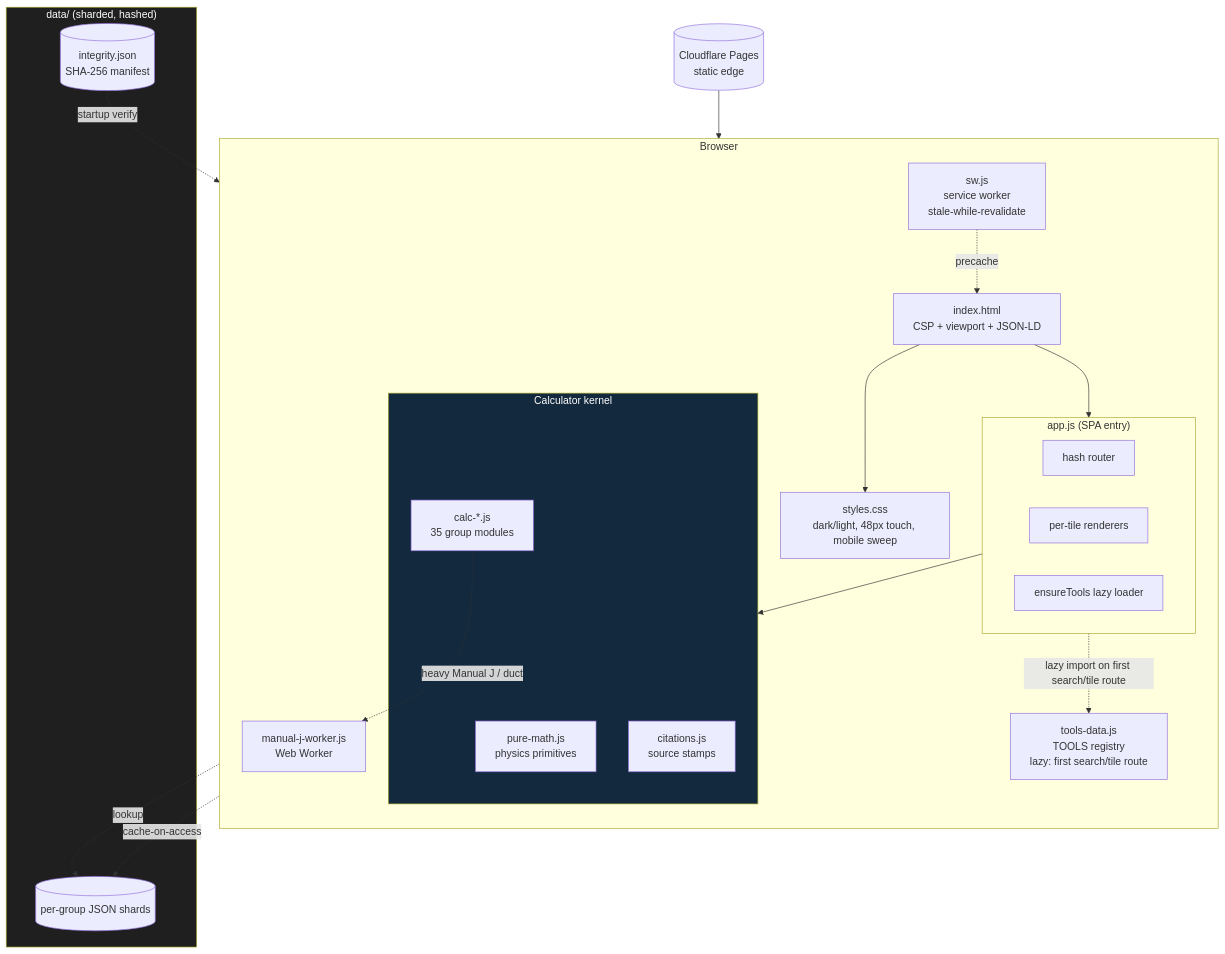
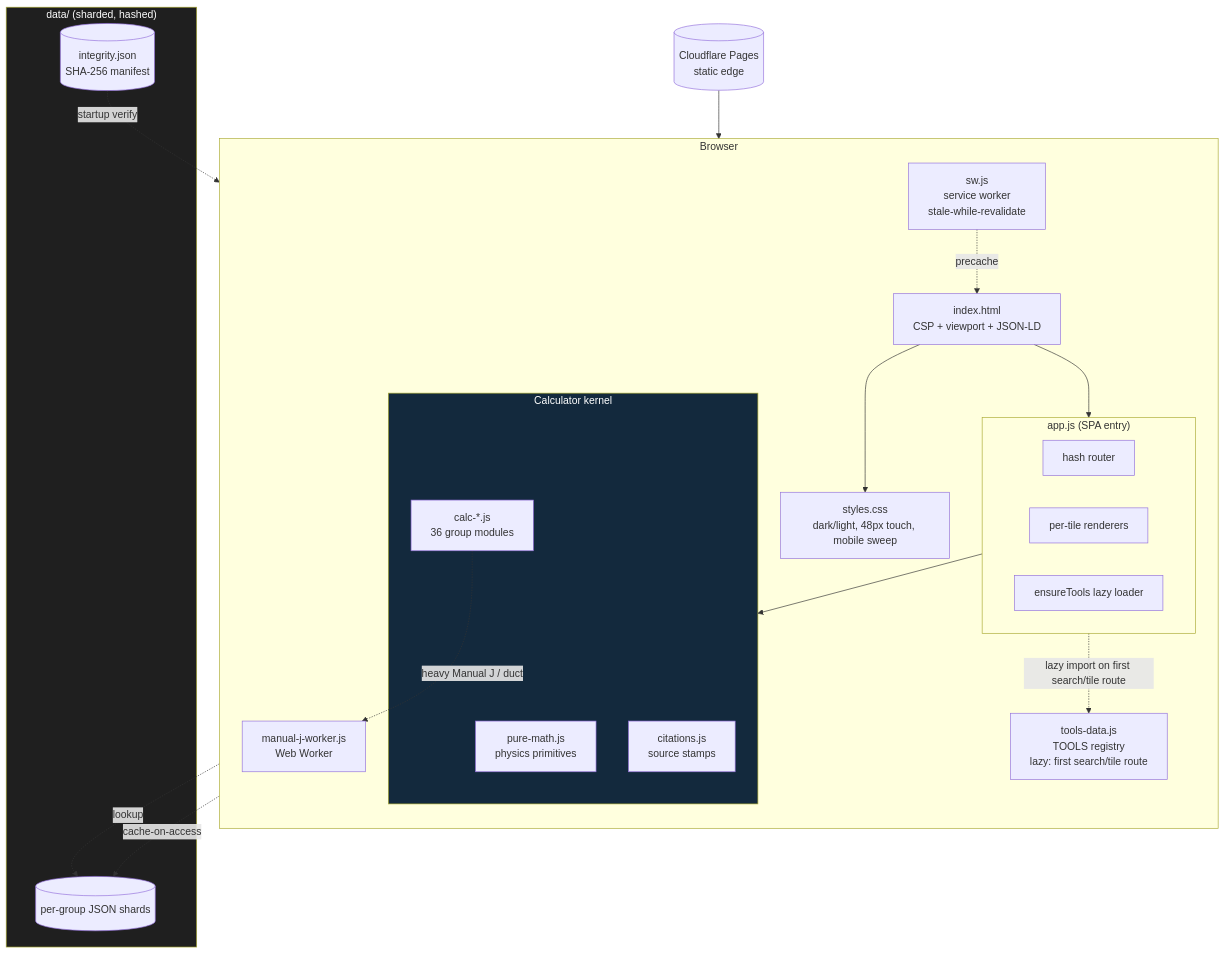
Before and after one commit to clay-good/roughlogic.com: the second of 8 diagrams in README.md, drawn with Mermaid. The commit also changed other lines of this file and 16 other files, not shown here.

First line of the commit message:
refactor(modules): spec-v73 cap-relief split -- storm-drainage bench -> new calc-drainage.js (0.63.3->0.63.4, catalog holds 624)

````diff
--- a/README.md
+++ b/README.md
@@ -77,39 +77,39 @@
 ```mermaid
 flowchart TB
     subgraph Browser
         direction TB
         HTML[index.html\nCSP + viewport + JSON-LD]
         CSS[styles.css\ndark/light, 48px touch, mobile sweep]
         subgraph App["app.js (SPA entry)"]
             ROUTE[hash router]
             RENDER[per-tile renderers]
             ENSURE[ensureTools lazy loader]
         end
         TOOLS[tools-data.js\nTOOLS registry\nlazy: first search/tile route]
         subgraph Calc["Calculator kernel"]
             PM[pure-math.js\nphysics primitives]
-            CALC[calc-*.js\n35 group modules]
+            CALC[calc-*.js\n36 group modules]
             CIT[citations.js\nsource stamps]
         end
         SW[sw.js\nservice worker\nstale-while-revalidate]
         WORKER[manual-j-worker.js\nWeb Worker]
     end
     subgraph Data["data/ (sharded, hashed)"]
         SHARDS[(per-group JSON shards)]
         INTEG[(integrity.json\nSHA-256 manifest)]
     end
     CDN[(Cloudflare Pages\nstatic edge)]
 
     CDN --> HTML
     HTML --> CSS
     HTML --> App
     App -.lazy import on first search/tile route.-> TOOLS
     App --> Calc
     CALC -.->|heavy Manual J / duct| WORKER
     CALC -.->|lookup| SHARDS
     SW -.precache.-> HTML
     SW -.cache-on-access.-> SHARDS
     INTEG -.startup verify.-> App
     style Calc fill:#13293d,color:#fff
     style Data fill:#1f1f1f,color:#fff
 ```
````
